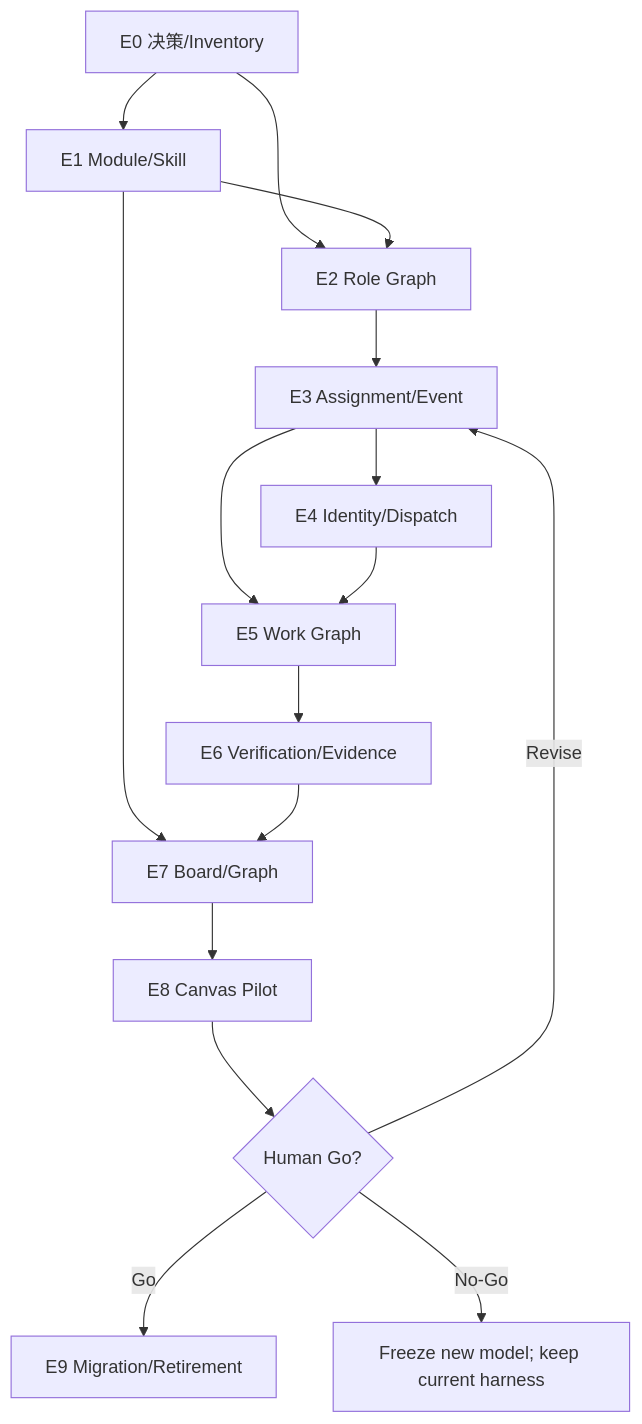
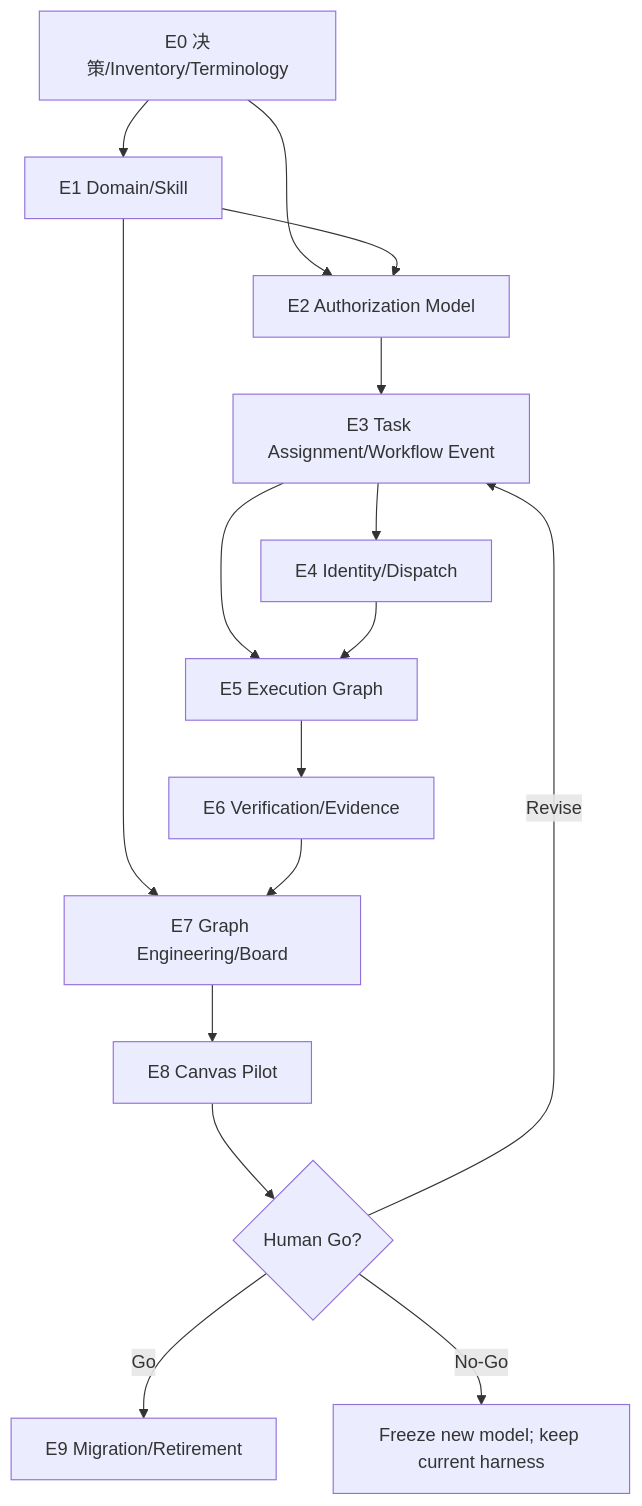
One commit to boardx/workspacex changed the diagram in docs/proposals/PROP-HARNESS-AGENT-001.checklist.md. Above: the diagram before and after it, drawn with Mermaid. The commit also changed other lines of this file and 1 other file, not shown here.

Commit message:
docs(harness): standardize orchestration and graph terms (#658)

````diff
--- a/docs/proposals/PROP-HARNESS-AGENT-001.checklist.md
+++ b/docs/proposals/PROP-HARNESS-AGENT-001.checklist.md
@@ -147,18 +152,18 @@
 ```mermaid
 flowchart TD
-    E0["E0 决策/Inventory"] --> E1["E1 Module/Skill"]
-    E0 --> E2["E2 Role Graph"]
+    E0["E0 决策/Inventory/Terminology"] --> E1["E1 Domain/Skill"]
+    E0 --> E2["E2 Authorization Model"]
     E1 --> E2
-    E2 --> E3["E3 Assignment/Event"]
+    E2 --> E3["E3 Task Assignment/Workflow Event"]
     E3 --> E4["E4 Identity/Dispatch"]
-    E3 --> E5["E5 Work Graph"]
+    E3 --> E5["E5 Execution Graph"]
     E4 --> E5
     E5 --> E6["E6 Verification/Evidence"]
-    E1 --> E7["E7 Board/Graph"]
+    E1 --> E7["E7 Graph Engineering/Board"]
     E6 --> E7
     E7 --> E8["E8 Canvas Pilot"]
     E8 --> H{"Human Go?"}
     H -->|Go| E9["E9 Migration/Retirement"]
     H -->|Revise| E3
     H -->|No-Go| F["Freeze new model; keep current harness"]
 ```
````
